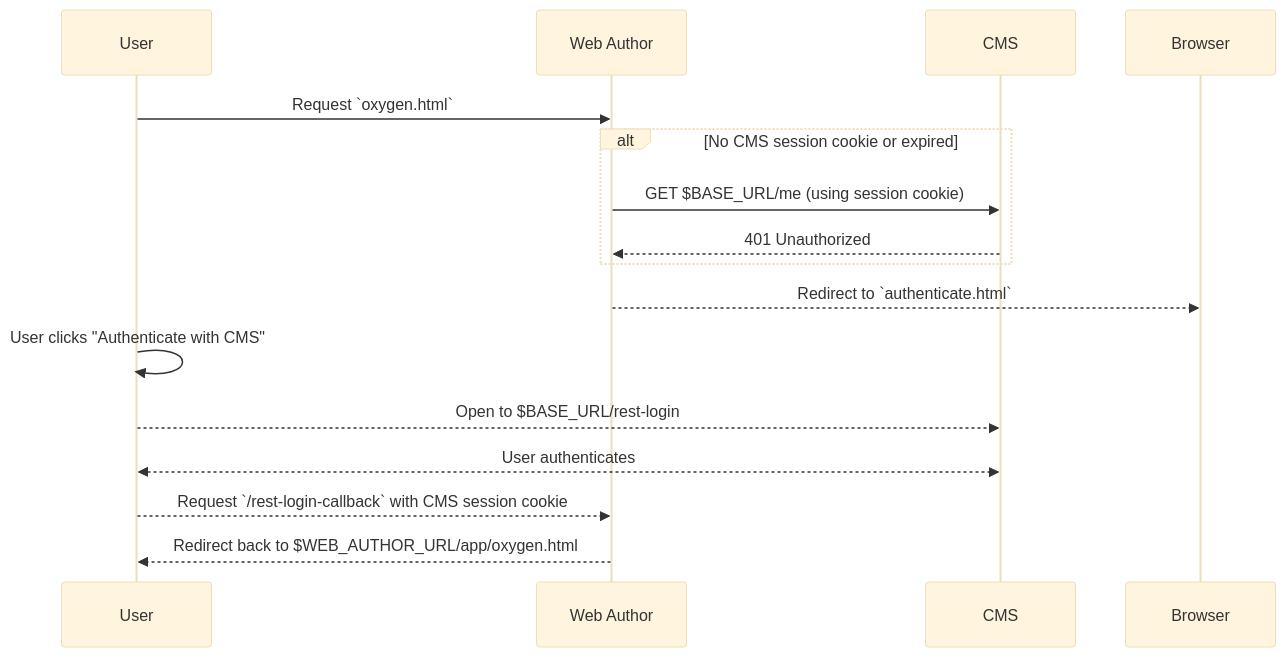
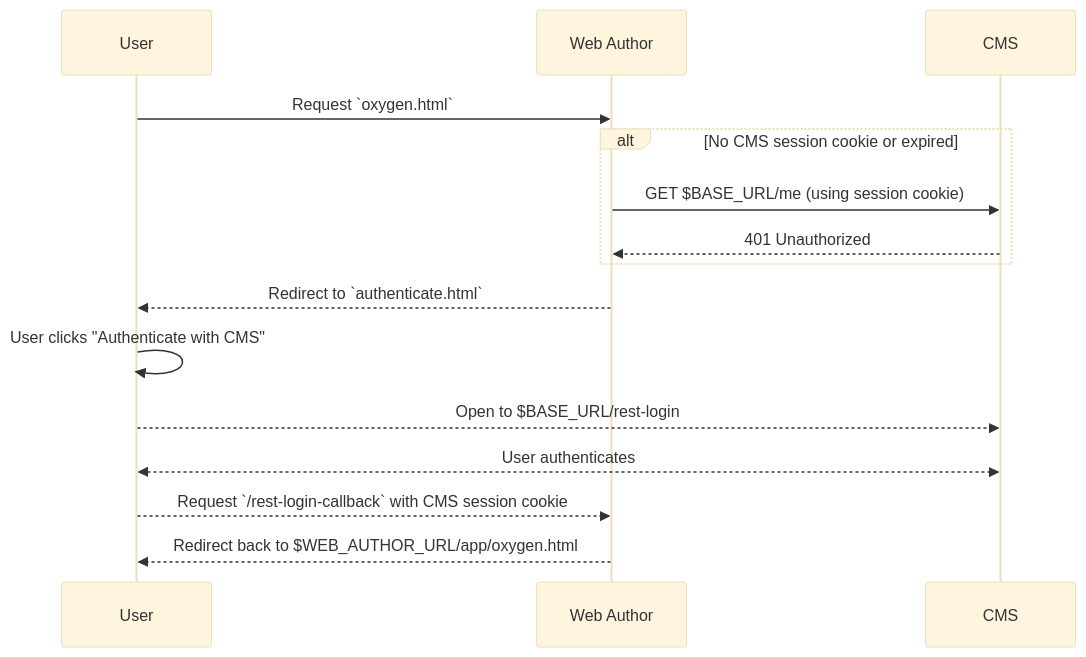
Before and after one commit to oxygenxml/web-author-rest-plugin: the third of 3 diagrams in docs/cookie-based-auth.md, drawn with Mermaid (base theme).

````diff
--- a/docs/cookie-based-auth.md
+++ b/docs/cookie-based-auth.md
@@ -86,18 +86,18 @@
 ```mermaid
 sequenceDiagram
     participant User
     participant Web_Author as Web Author
     participant CMS
     
     User->>Web_Author: Request `oxygen.html`
     alt No CMS session cookie or expired
         Web_Author->>CMS: GET $BASE_URL/me (using session cookie)
         CMS-->>Web_Author: 401 Unauthorized
     end
-    Web_Author-->>Browser: Redirect to `authenticate.html`
+    Web_Author-->>User: Redirect to `authenticate.html`
     User->>User: User clicks "Authenticate with CMS"
     User-->>CMS: Open to $BASE_URL/rest-login
     CMS<<-->>User: User authenticates
     User-->>Web_Author: Request `/rest-login-callback` with CMS session cookie
     Web_Author-->>User: Redirect back to $WEB_AUTHOR_URL/app/oxygen.html
 ```
````
